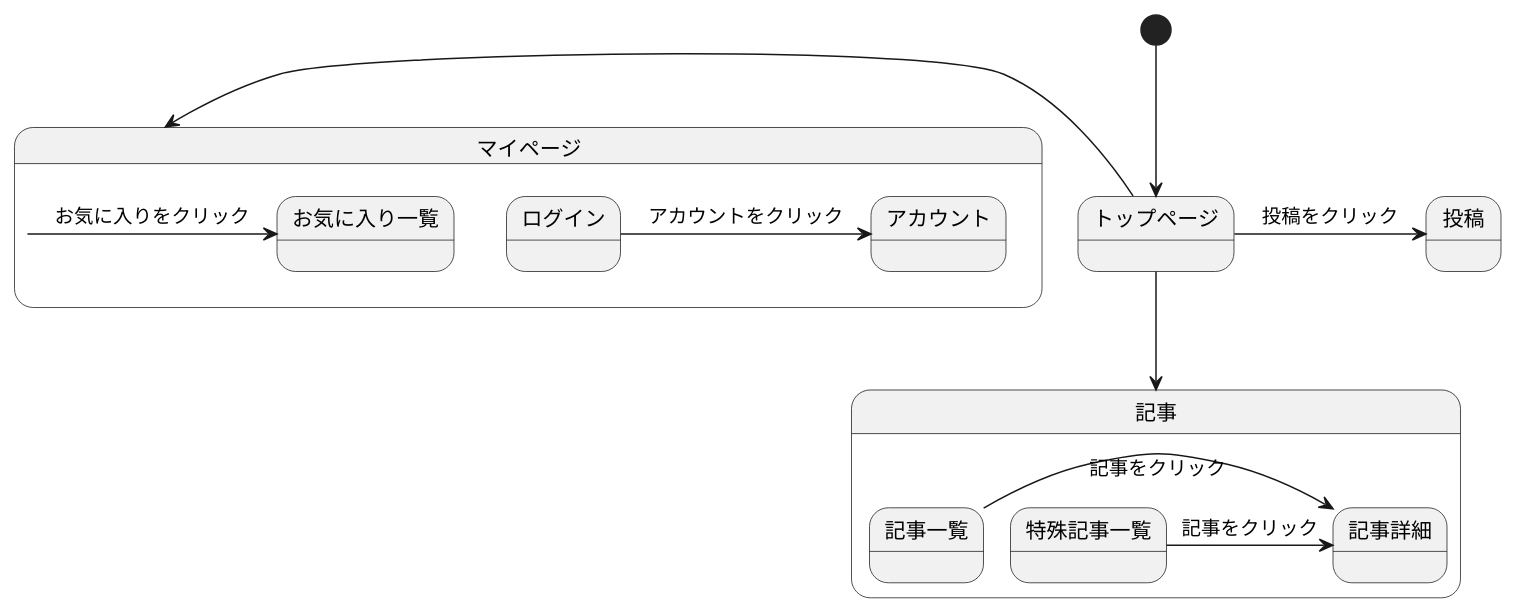
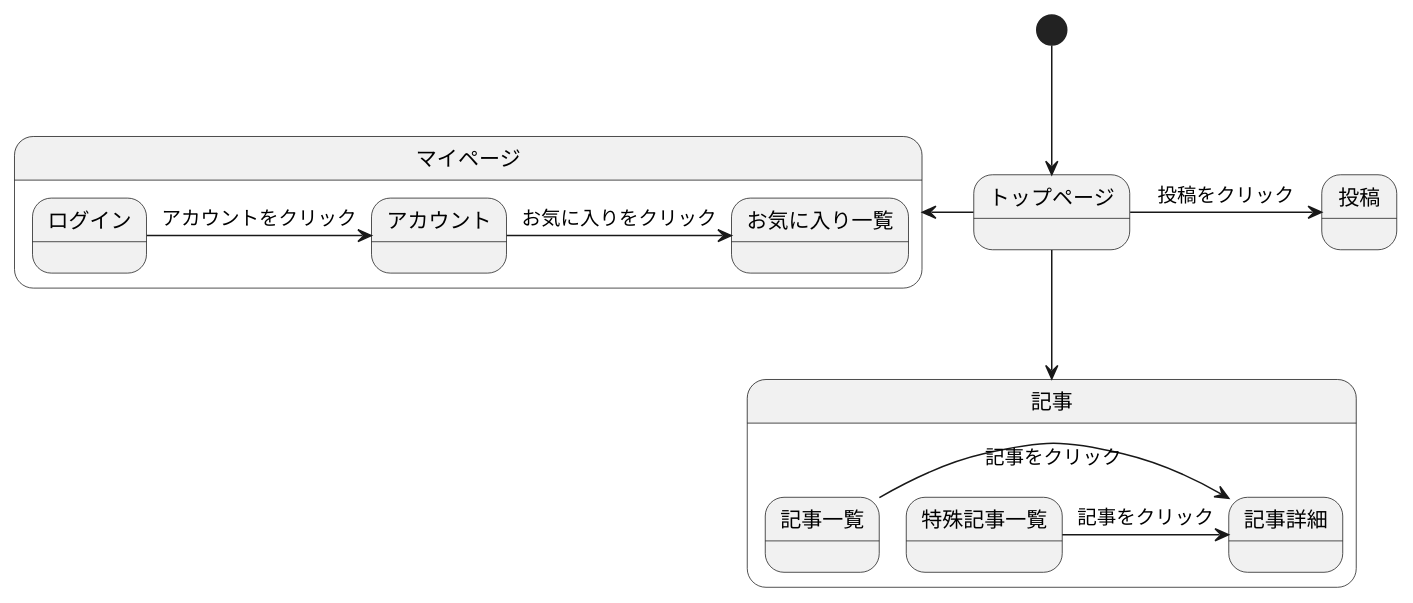
One commit to Aso2001001/2022System changed the diagram in 後期画面遷移.md. Above: the diagram before and after it, drawn with PlantUML.

````diff
--- a/後期画面遷移.md
+++ b/後期画面遷移.md
@@ -1,32 +1,32 @@
 ```uml
 @startuml
 [*] --> トップページ
 
 state 記事{
 記事一覧 -> 記事詳細 : 記事をクリック
 特殊記事一覧 -> 記事詳細 : 記事をクリック
 }
 
 state マイページ{
 ログイン -> アカウント : アカウントをクリック
-マイページ -> お気に入り一覧 : お気に入りをクリック
+アカウント -> お気に入り一覧 : お気に入りをクリック
 }
 
 トップページ -down-> 記事
 トップページ -left-> マイページ
 
 
 
 
 トップページ -> 投稿 : 投稿をクリック
 
 
 
 
 
 
 
 
 
 @enduml
 ```
````
